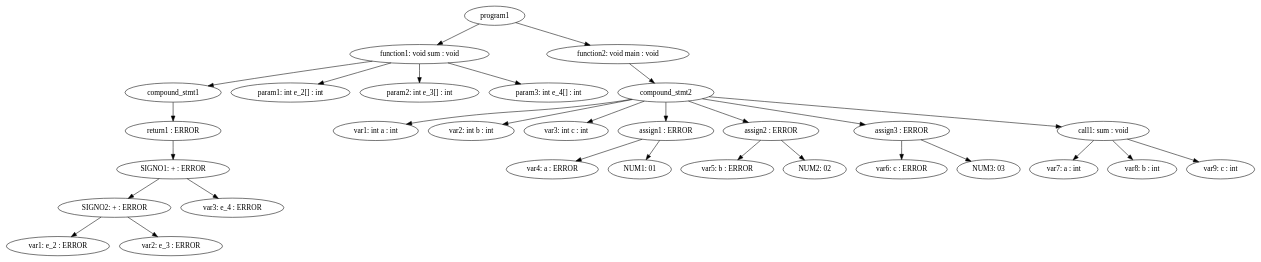
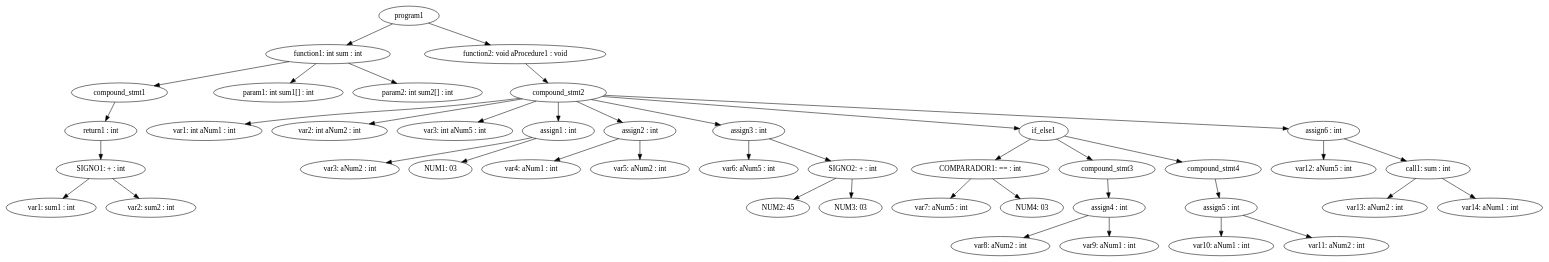
One commit to PabloFB18/taller-compiladores changed the diagram in semantic_examples/out3.dot. Above: the diagram before and after it, drawn with Graphviz. The commit also changed 15 other files, not shown here.

```diff
--- a/semantic_examples/out3.dot
+++ b/semantic_examples/out3.dot
@@ -1,31 +1,43 @@
 digraph G {
-	"program1" -> "function1: void sum : void"
-	"function1: void sum : void" -> "compound_stmt1"
-	"compound_stmt1" -> "return1 : ERROR"
-	"return1 : ERROR" -> "SIGNO1: + : ERROR"
-	"SIGNO1: + : ERROR" -> "SIGNO2: + : ERROR"
-	"SIGNO2: + : ERROR" -> "var1: e_2 : ERROR"
-	"SIGNO2: + : ERROR" -> "var2: e_3 : ERROR"
-	"SIGNO1: + : ERROR" -> "var3: e_4 : ERROR"
-	"function1: void sum : void" -> "param1: int e_2[] : int"
-	"function1: void sum : void" -> "param2: int e_3[] : int"
-	"function1: void sum : void" -> "param3: int e_4[] : int"
-	"program1" -> "function2: void main : void"
-	"function2: void main : void" -> "compound_stmt2"
-	"compound_stmt2" -> "var1: int a : int"
-	"compound_stmt2" -> "var2: int b : int"
-	"compound_stmt2" -> "var3: int c : int"
-	"compound_stmt2" -> "assign1 : ERROR"
-	"assign1 : ERROR" -> "var4: a : ERROR"
-	"assign1 : ERROR" -> "NUM1: 01"
-	"compound_stmt2" -> "assign2 : ERROR"
-	"assign2 : ERROR" -> "var5: b : ERROR"
-	"assign2 : ERROR" -> "NUM2: 02"
-	"compound_stmt2" -> "assign3 : ERROR"
-	"assign3 : ERROR" -> "var6: c : ERROR"
-	"assign3 : ERROR" -> "NUM3: 03"
-	"compound_stmt2" -> "call1: sum : void"
-	"call1: sum : void" -> "var7: a : int"
-	"call1: sum : void" -> "var8: b : int"
-	"call1: sum : void" -> "var9: c : int"
+	"program1" -> "function1: int sum : int"
+	"function1: int sum : int" -> "compound_stmt1"
+	"compound_stmt1" -> "return1 : int"
+	"return1 : int" -> "SIGNO1: + : int"
+	"SIGNO1: + : int" -> "var1: sum1 : int"
+	"SIGNO1: + : int" -> "var2: sum2 : int"
+	"function1: int sum : int" -> "param1: int sum1[] : int"
+	"function1: int sum : int" -> "param2: int sum2[] : int"
+	"program1" -> "function2: void aProcedure1 : void"
+	"function2: void aProcedure1 : void" -> "compound_stmt2"
+	"compound_stmt2" -> "var1: int aNum1 : int"
+	"compound_stmt2" -> "var2: int aNum2 : int"
+	"compound_stmt2" -> "var3: int aNum5 : int"
+	"compound_stmt2" -> "assign1 : int"
+	"assign1 : int" -> "var3: aNum2 : int"
+	"assign1 : int" -> "NUM1: 03"
+	"compound_stmt2" -> "assign2 : int"
+	"assign2 : int" -> "var4: aNum1 : int"
+	"assign2 : int" -> "var5: aNum2 : int"
+	"compound_stmt2" -> "assign3 : int"
+	"assign3 : int" -> "var6: aNum5 : int"
+	"assign3 : int" -> "SIGNO2: + : int"
+	"SIGNO2: + : int" -> "NUM2: 45"
+	"SIGNO2: + : int" -> "NUM3: 03"
+	"compound_stmt2" -> "if_else1"
+	"if_else1" -> "COMPARADOR1: == : int"
+	"COMPARADOR1: == : int" -> "var7: aNum5 : int"
+	"COMPARADOR1: == : int" -> "NUM4: 03"
+	"if_else1" -> "compound_stmt3"
+	"compound_stmt3" -> "assign4 : int"
+	"assign4 : int" -> "var8: aNum2 : int"
+	"assign4 : int" -> "var9: aNum1 : int"
+	"if_else1" -> "compound_stmt4"
+	"compound_stmt4" -> "assign5 : int"
+	"assign5 : int" -> "var10: aNum1 : int"
+	"assign5 : int" -> "var11: aNum2 : int"
+	"compound_stmt2" -> "assign6 : int"
+	"assign6 : int" -> "var12: aNum5 : int"
+	"assign6 : int" -> "call1: sum : int"
+	"call1: sum : int" -> "var13: aNum2 : int"
+	"call1: sum : int" -> "var14: aNum1 : int"
 }
```
